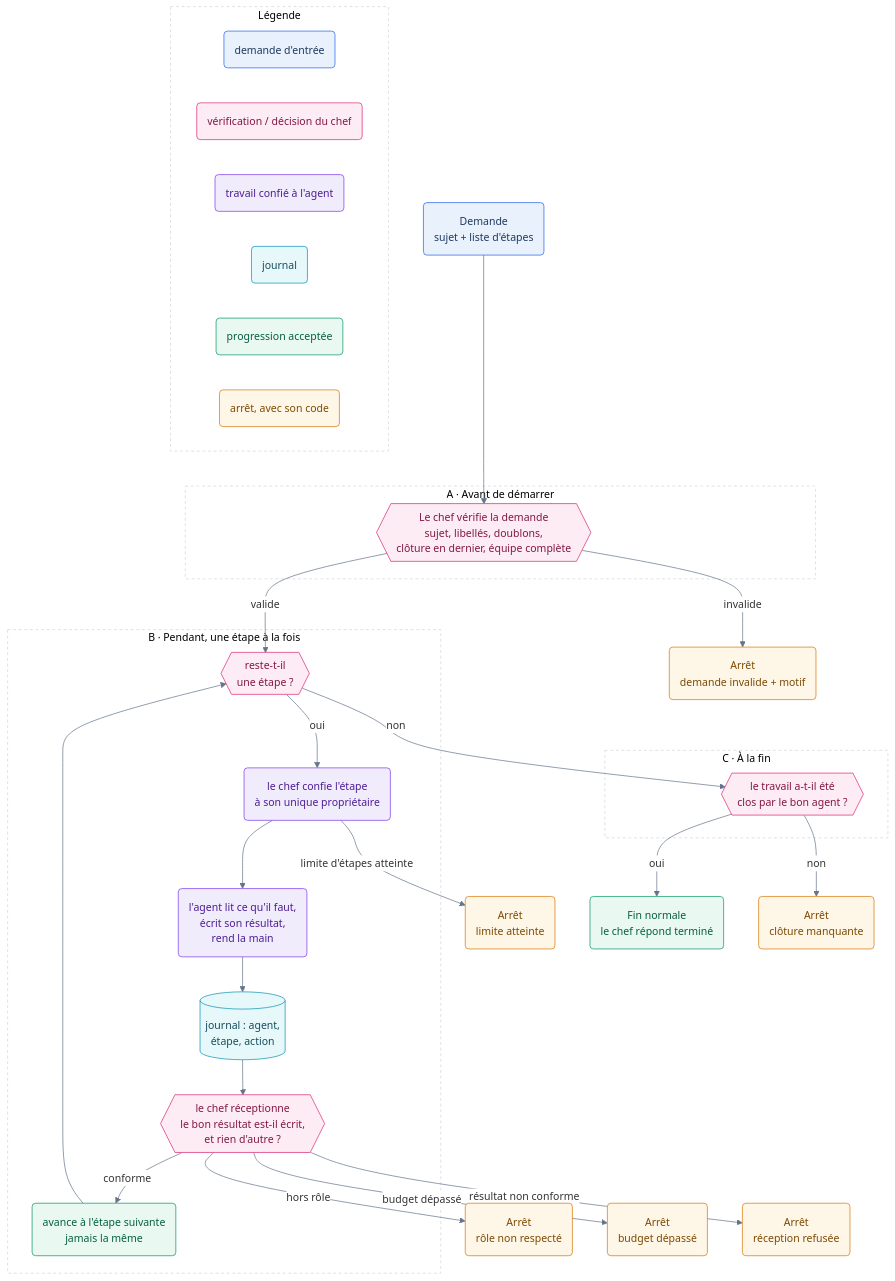
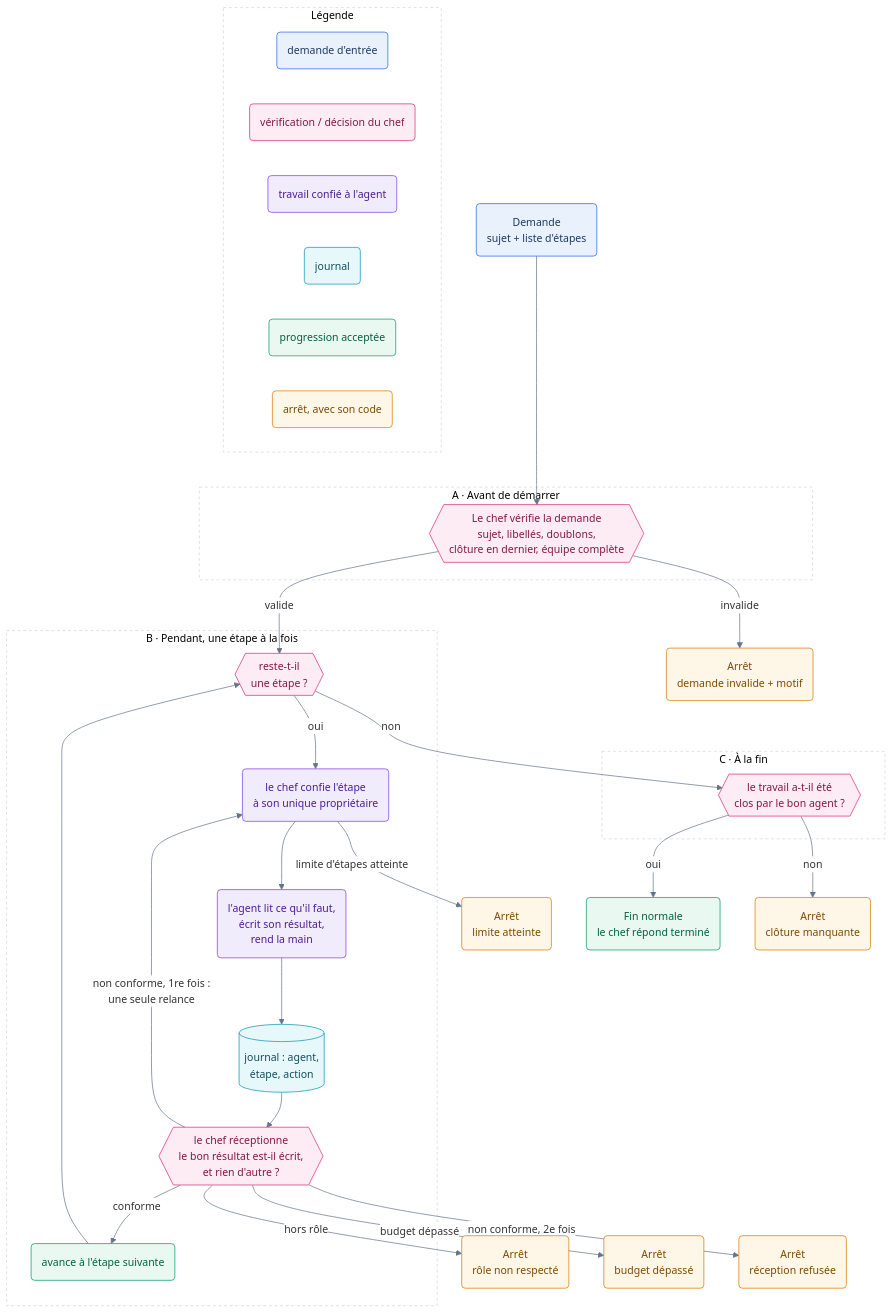
The third of 3 diagrams in doc/livrable_conception/note_orale_presentation.md (Bealph/kaldera-team-ko), drawn with Mermaid before and after one commit. The commit also changed other lines of this file and 24 other files, not shown here.

````diff
--- a/doc/livrable_conception/note_orale_presentation.md
+++ b/doc/livrable_conception/note_orale_presentation.md
@@ -174,59 +174,60 @@
 ```mermaid
 %%{init: {"theme": "base", "themeVariables": {"fontFamily": "Helvetica", "fontSize": "15px", "primaryColor": "#FFFFFF", "lineColor": "#64748B", "edgeLabelBackground": "#FFFFFF"}, "flowchart": {"wrappingWidth": 260, "curve": "basis"}}}%%
 flowchart TD
   DEM("Demande<br/>sujet + liste d'étapes"):::besoin --> A
 
   subgraph SG_A["A · Avant de démarrer"]
     A{{"Le chef vérifie la demande<br/>sujet, libellés, doublons,<br/>clôture en dernier, équipe complète"}}:::pilot
   end
 
   A -- "invalide" --> X1("Arrêt<br/>demande invalide + motif"):::gate
   A -- "valide" --> B
 
   subgraph SG_B["B · Pendant, une étape à la fois"]
     B{{"reste-t-il<br/>une étape ?"}}:::pilot
     B -- "oui" --> CONFIE("le chef confie l'étape<br/>à son unique propriétaire"):::chaine
     CONFIE --> AGENT("l'agent lit ce qu'il faut,<br/>écrit son résultat,<br/>rend la main"):::chaine
     AGENT --> JOURNAL[("journal : agent,<br/>étape, action")]:::obs
     JOURNAL --> RECEP{{"le chef réceptionne<br/>le bon résultat est-il écrit,<br/>et rien d'autre ?"}}:::pilot
-    RECEP -- "conforme" --> SUIVANT("avance à l'étape suivante<br/>jamais la même"):::data
+    RECEP -- "conforme" --> SUIVANT("avance à l'étape suivante"):::data
     SUIVANT --> B
   end
 
   RECEP -- "hors rôle" --> X2("Arrêt<br/>rôle non respecté"):::gate
   RECEP -- "budget dépassé" --> X3("Arrêt<br/>budget dépassé"):::gate
-  RECEP -- "résultat non conforme" --> X4("Arrêt<br/>réception refusée"):::gate
+  RECEP -- "non conforme, 1re fois :<br/>une seule relance" --> CONFIE
+  RECEP -- "non conforme, 2e fois" --> X4("Arrêt<br/>réception refusée"):::gate
   CONFIE -- "limite d'étapes atteinte" --> X5("Arrêt<br/>limite atteinte"):::gate
 
   B -- "non" --> C
 
   subgraph SG_C["C · À la fin"]
     C{{"le travail a-t-il été<br/>clos par le bon agent ?"}}:::pilot
   end
 
   C -- "oui" --> FIN("Fin normale<br/>le chef répond terminé"):::data
   C -- "non" --> X6("Arrêt<br/>clôture manquante"):::gate
 
   subgraph SG_LEGEND["Légende"]
     direction LR
     LBESOIN("demande d'entrée"):::besoin
     LPILOT("vérification / décision du chef"):::pilot
     LCHAINE("travail confié à l'agent"):::chaine
     LOBS("journal"):::obs
     LDATA("progression acceptée"):::data
     LGATE("arrêt, avec son code"):::gate
   end
 
   classDef besoin fill:#E8F1FC,stroke:#2563EB,color:#1E3A5F
   classDef v1 fill:#EEF1F5,stroke:#64748B,color:#334155
   classDef chaine fill:#F1ECFB,stroke:#7C3AED,color:#4C1D95
   classDef gate fill:#FEF6E7,stroke:#D97706,color:#7C4A03
   classDef data fill:#E9F8F0,stroke:#059669,color:#065F46
   classDef obs fill:#E7F8FA,stroke:#0891B2,color:#164E5C
   classDef pilot fill:#FDECF3,stroke:#DB2777,color:#831843
 
   style SG_A fill:none,stroke:#D1D5DB,stroke-dasharray: 4 4
   style SG_B fill:none,stroke:#D1D5DB,stroke-dasharray: 4 4
   style SG_C fill:none,stroke:#D1D5DB,stroke-dasharray: 4 4
   style SG_LEGEND fill:none,stroke:#D1D5DB,stroke-dasharray: 4 4
 ```
````
